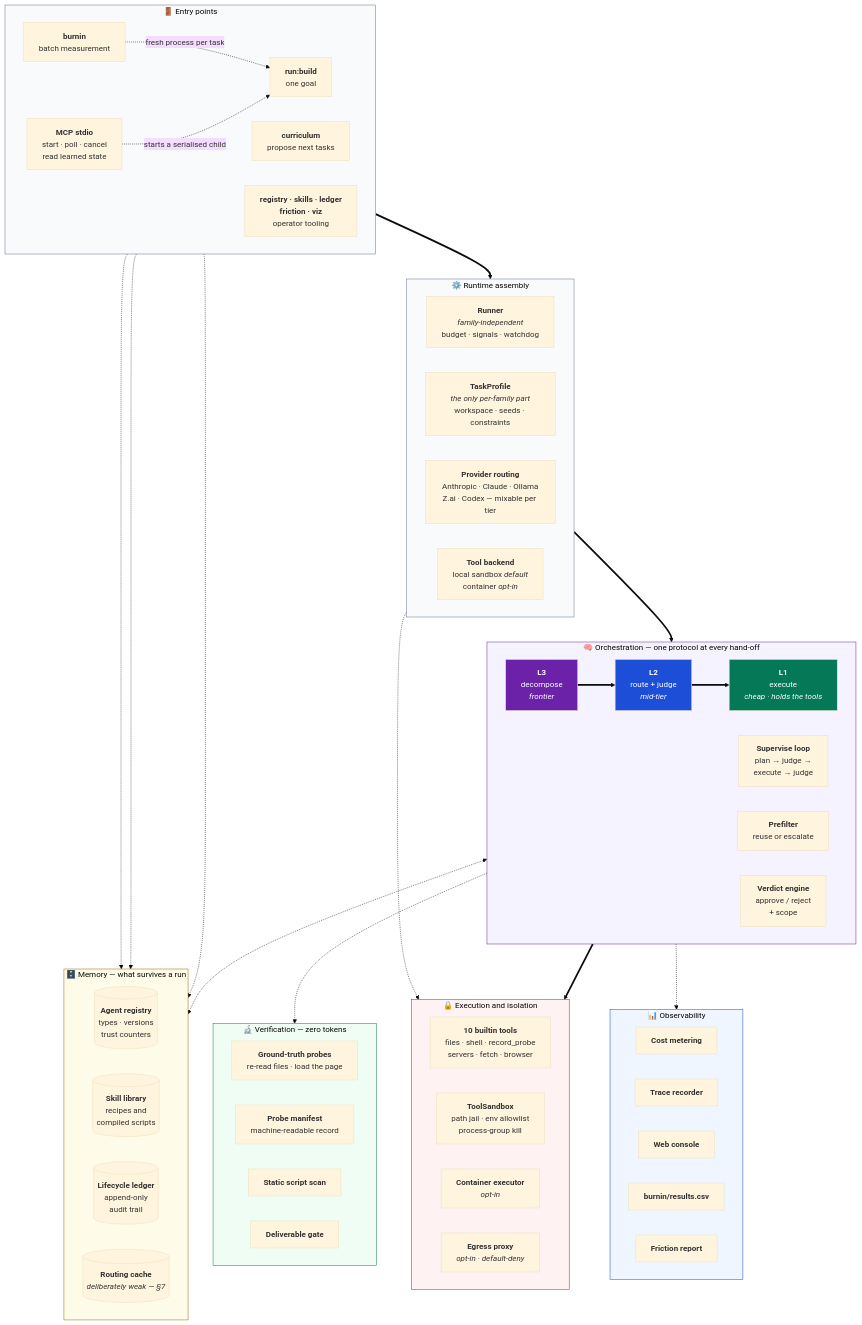
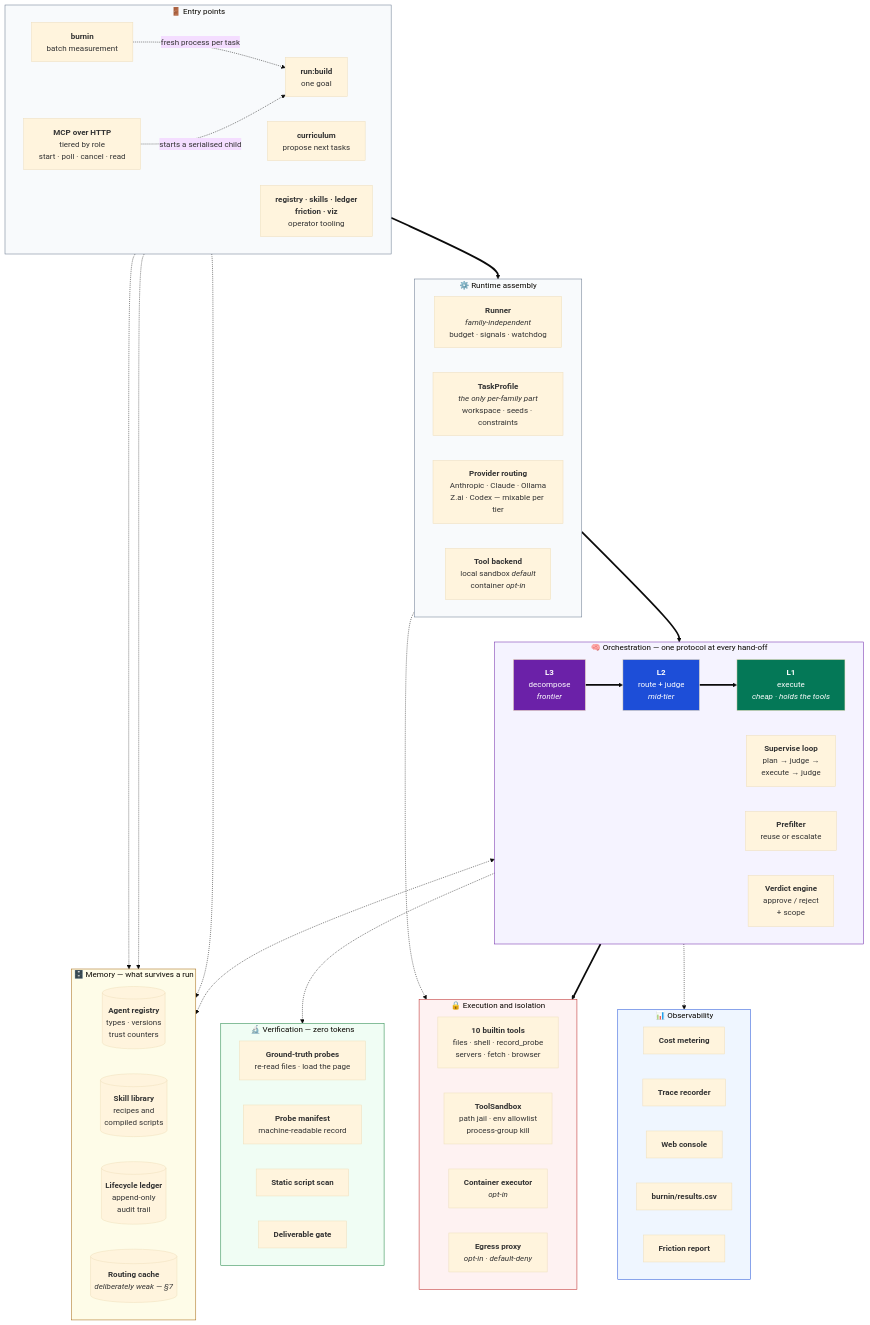
The second of 6 diagrams in docs/how-it-works.md (mgtf/atoma), drawn with Mermaid (base theme) before and after one commit. The commit also changed other lines of this file and 33 other files, not shown here.

```diff
--- a/docs/how-it-works.md
+++ b/docs/how-it-works.md
@@ -68,7 +68,7 @@
     subgraph ENTRY[" 🚪 Entry points "]
         direction LR
         RUN["<b>run:build</b><br/>one goal"]
-        MCP["<b>MCP stdio</b><br/>start · poll · cancel<br/>read learned state"]
+        MCP["<b>MCP over HTTP</b><br/>tiered by role<br/>start · poll · cancel · read"]
         BURN["<b>burnin</b><br/>batch measurement"]
         CURR["<b>curriculum</b><br/>propose next tasks"]
         OPS["<b>registry · skills · ledger</b><br/><b>friction · viz</b><br/>operator tooling"]
```
